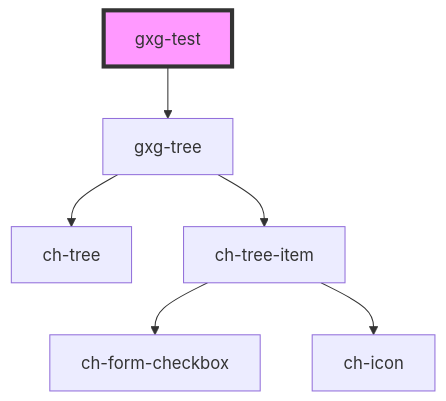
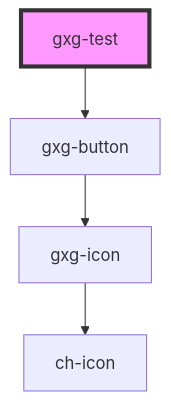
Before and after one commit to genexuslabs/gemini: the diagram in src/components/test/readme.md, drawn with Mermaid. The commit also changed other lines of this file and 8 other files, not shown here.

Commit message:
add export-parts to gxg-button in test component

````diff
--- a/src/components/test/readme.md
+++ b/src/components/test/readme.md
@@ -19,9 +19,7 @@
 ```mermaid
 graph TD;
-  gxg-test --> gxg-tree
-  gxg-tree --> ch-tree
-  gxg-tree --> ch-tree-item
-  ch-tree-item --> ch-form-checkbox
-  ch-tree-item --> ch-icon
+  gxg-test --> gxg-button
+  gxg-button --> gxg-icon
+  gxg-icon --> ch-icon
   style gxg-test fill:#f9f,stroke:#333,stroke-width:4px
 ```
````
